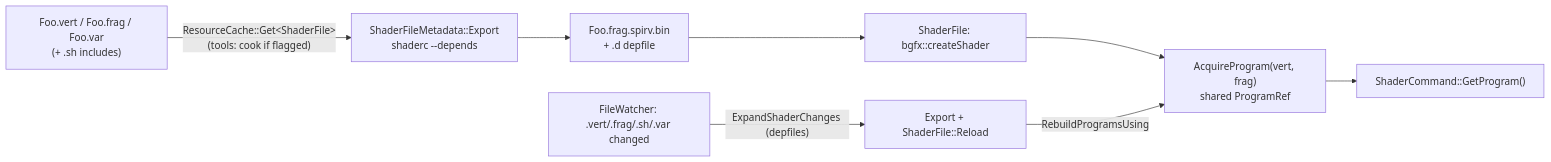
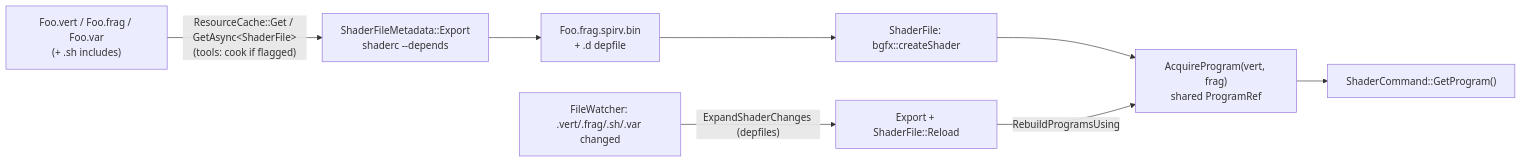
Before and after one commit to wobbier/MitchEngine: the second of 2 diagrams in Docs/Materials-and-Shaders.md, drawn with Mermaid. The commit also changed other lines of this file and 18 other files, not shown here.

````diff
--- a/Docs/Materials-and-Shaders.md
+++ b/Docs/Materials-and-Shaders.md
@@ -117,10 +117,10 @@
 ```mermaid
 flowchart LR
-    S["Foo.vert / Foo.frag / Foo.var<br/>(+ .sh includes)"] -->|"ResourceCache::Get&lt;ShaderFile&gt;<br/>(tools: cook if flagged)"| E["ShaderFileMetadata::Export<br/>shaderc --depends"]
+    S["Foo.vert / Foo.frag / Foo.var<br/>(+ .sh includes)"] -->|"ResourceCache::Get / GetAsync&lt;ShaderFile&gt;<br/>(tools: cook if flagged)"| E["ShaderFileMetadata::Export<br/>shaderc --depends"]
     E --> B["Foo.frag.spirv.bin<br/>+ .d depfile"]
     B --> SF["ShaderFile: bgfx::createShader"]
     SF --> REG["AcquireProgram(vert, frag)<br/>shared ProgramRef"]
     REG --> SC["ShaderCommand::GetProgram()"]
     W["FileWatcher: .vert/.frag/.sh/.var changed"] -->|"ExpandShaderChanges (depfiles)"| HR["Export + ShaderFile::Reload"]
     HR -->|"RebuildProgramsUsing"| REG
 ```
````
